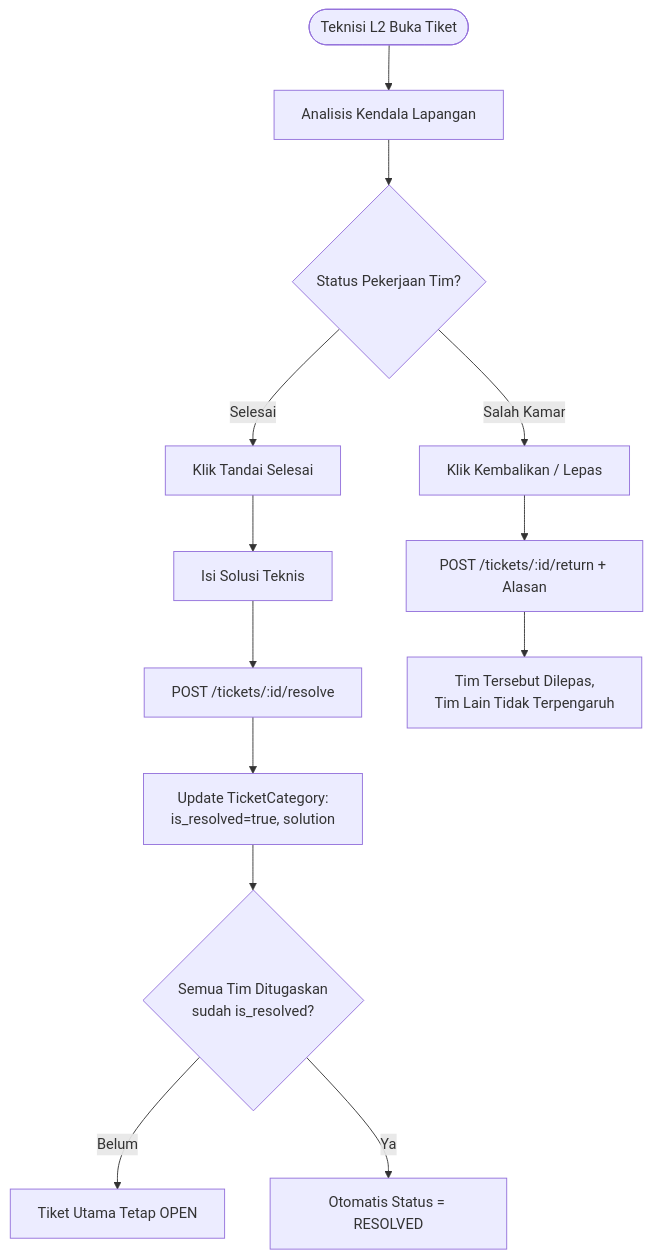
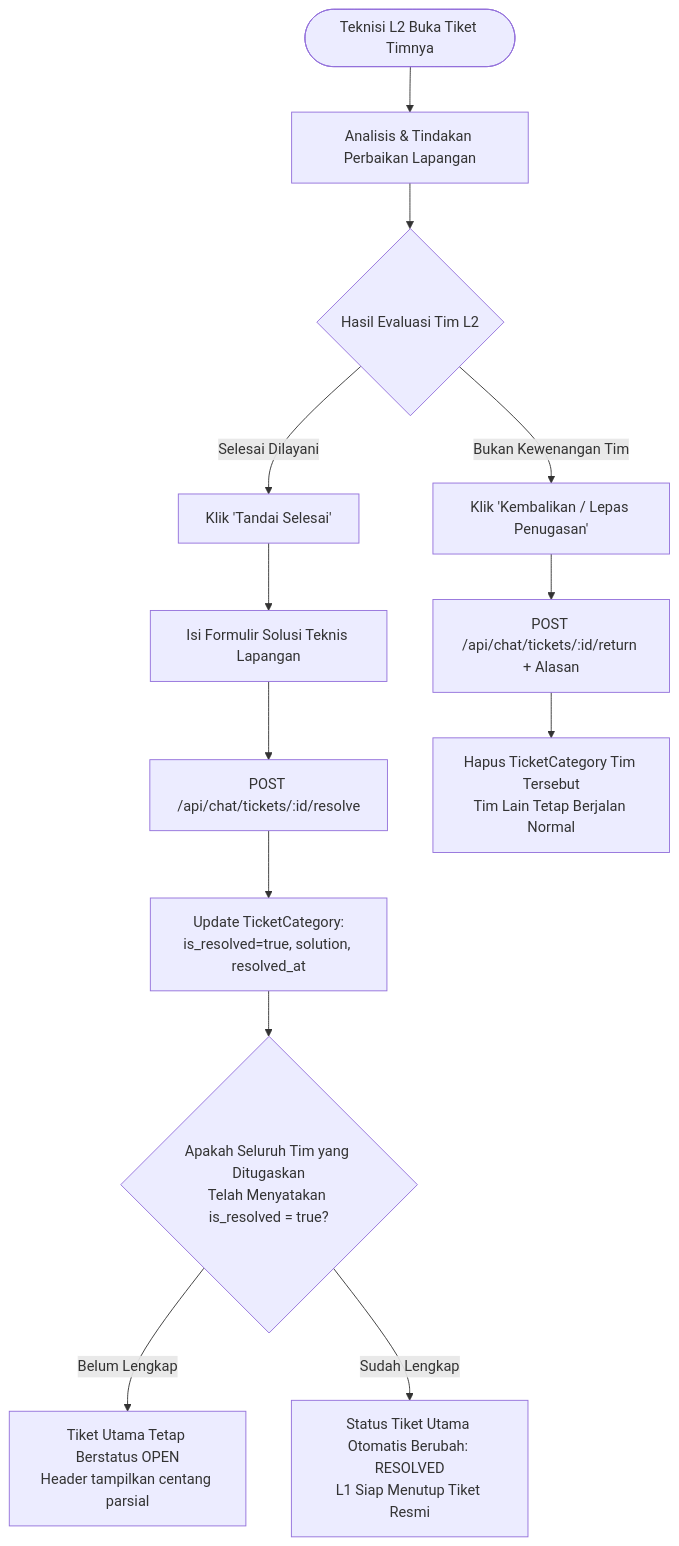
Before and after one commit to llaurensius/hts-chat-integration: the fourth of 7 diagrams in docs/Architecture.md, drawn with Mermaid. The commit also changed other lines of this file and 9 other files, not shown here.

````diff
--- a/docs/Architecture.md
+++ b/docs/Architecture.md
@@ -162,15 +174,17 @@
 ```mermaid
 flowchart TD
-    A([Teknisi L2 Buka Tiket]) --> B[Analisis Kendala Lapangan]
-    B --> C{Status Pekerjaan Tim?}
-    C -- Selesai --> D[Klik Tandai Selesai]
-    D --> E[Isi Solusi Teknis]
-    E --> F[POST /tickets/:id/resolve]
-    F --> G[Update TicketCategory:<br/>is_resolved=true, solution]
-    G --> H{Semua Tim Ditugaskan<br/>sudah is_resolved?}
-    H -- Belum --> I[Tiket Utama Tetap OPEN]
-    H -- Ya --> J[Otomatis Status = RESOLVED]
-    C -- Salah Kamar --> K[Klik Kembalikan / Lepas]
-    K --> L[POST /tickets/:id/return + Alasan]
-    L --> M[Tim Tersebut Dilepas,<br/>Tim Lain Tidak Terpengaruh]
+    A([Teknisi L2 Buka Tiket Timnya]) --> B[Analisis & Tindakan Perbaikan Lapangan]
+    B --> C{Hasil Evaluasi Tim L2}
+    
+    C -- Selesai Dilayani --> D[Klik 'Tandai Selesai']
+    D --> E[Isi Formulir Solusi Teknis Lapangan]
+    E --> F[POST /api/chat/tickets/:id/resolve]
+    F --> G[Update TicketCategory:<br/>is_resolved=true, solution, resolved_at]
+    G --> H{Apakah Seluruh Tim yang Ditugaskan<br/>Telah Menyatakan is_resolved = true?}
+    H -- Belum Lengkap --> I[Tiket Utama Tetap Berstatus OPEN<br/>Header tampilkan centang parsial]
+    H -- Sudah Lengkap --> J[Status Tiket Utama Otomatis Berubah: RESOLVED<br/>L1 Siap Menutup Tiket Resmi]
+    
+    C -- Bukan Kewenangan Tim --> K[Klik 'Kembalikan / Lepas Penugasan']
+    K --> L[POST /api/chat/tickets/:id/return + Alasan]
+    L --> M[Hapus TicketCategory Tim Tersebut<br/>Tim Lain Tetap Berjalan Normal]
 ```
````
